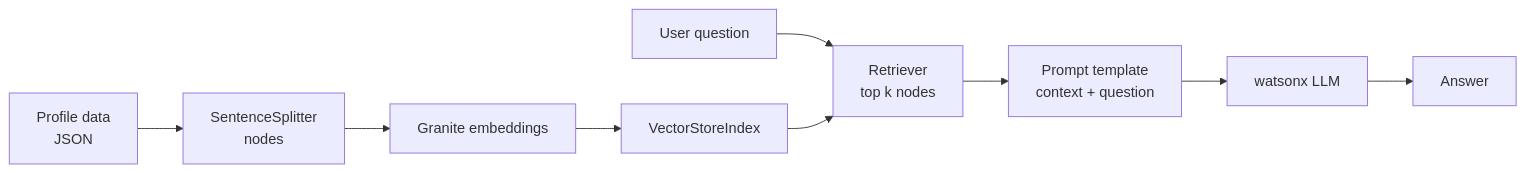
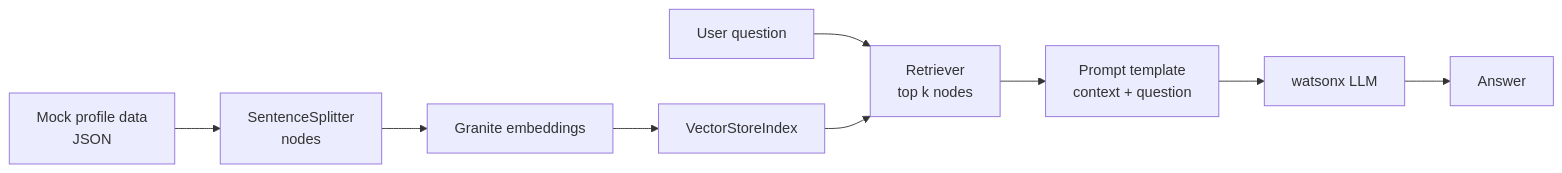
Before and after one commit to sabasgh/linkedin-icebreaker-bot: the diagram in README.md, drawn with Mermaid. The commit also changed other lines of this file, not shown here.

Commit message:
Clarify mock data and update model list in README

````diff
--- a/README.md
+++ b/README.md
@@ -19,11 +21,11 @@
 ```mermaid
 flowchart LR
-    A[Profile data<br/>JSON] --> B[SentenceSplitter<br/>nodes]
+    A[Mock profile data<br/>JSON] --> B[SentenceSplitter<br/>nodes]
     B --> C[Granite embeddings]
     C --> D[VectorStoreIndex]
     Q[User question] --> E[Retriever<br/>top k nodes]
     D --> E
     E --> F[Prompt template<br/>context + question]
     F --> G[watsonx LLM]
     G --> H[Answer]
 ```
````
